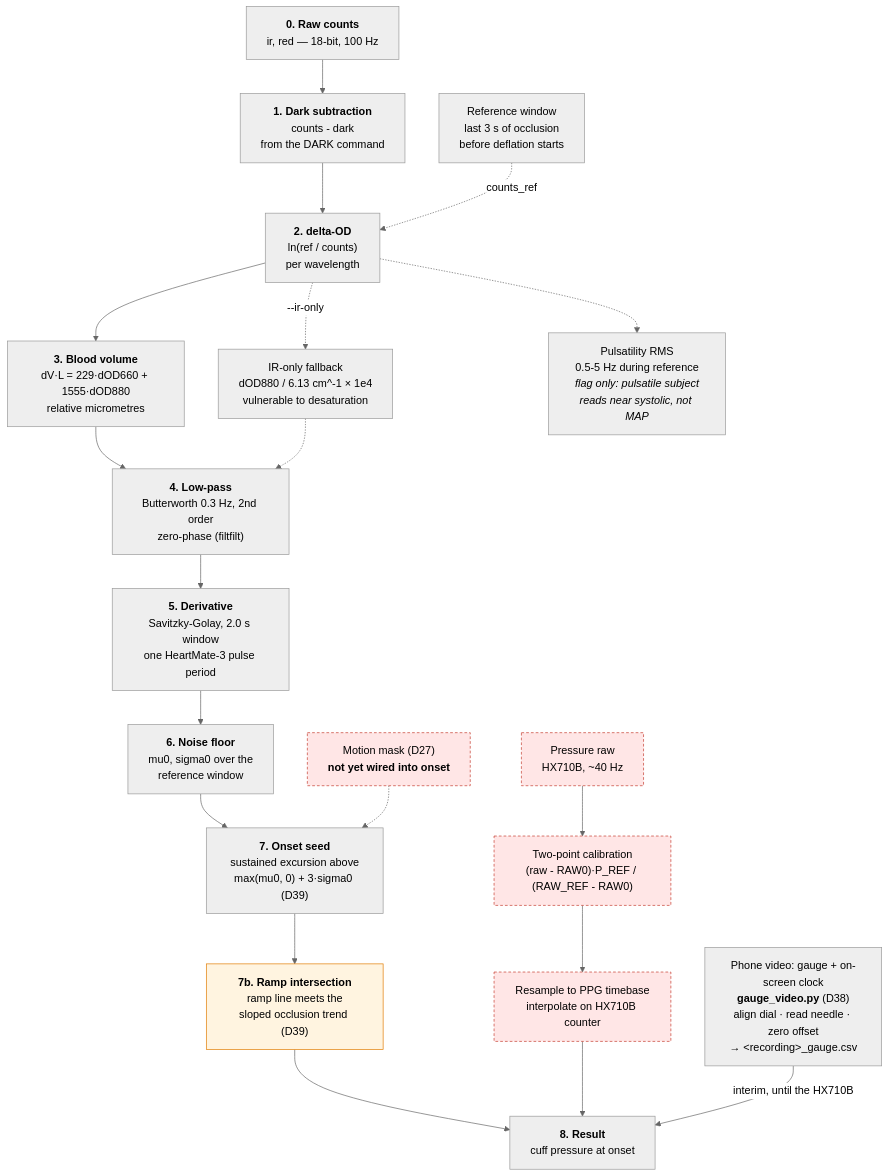
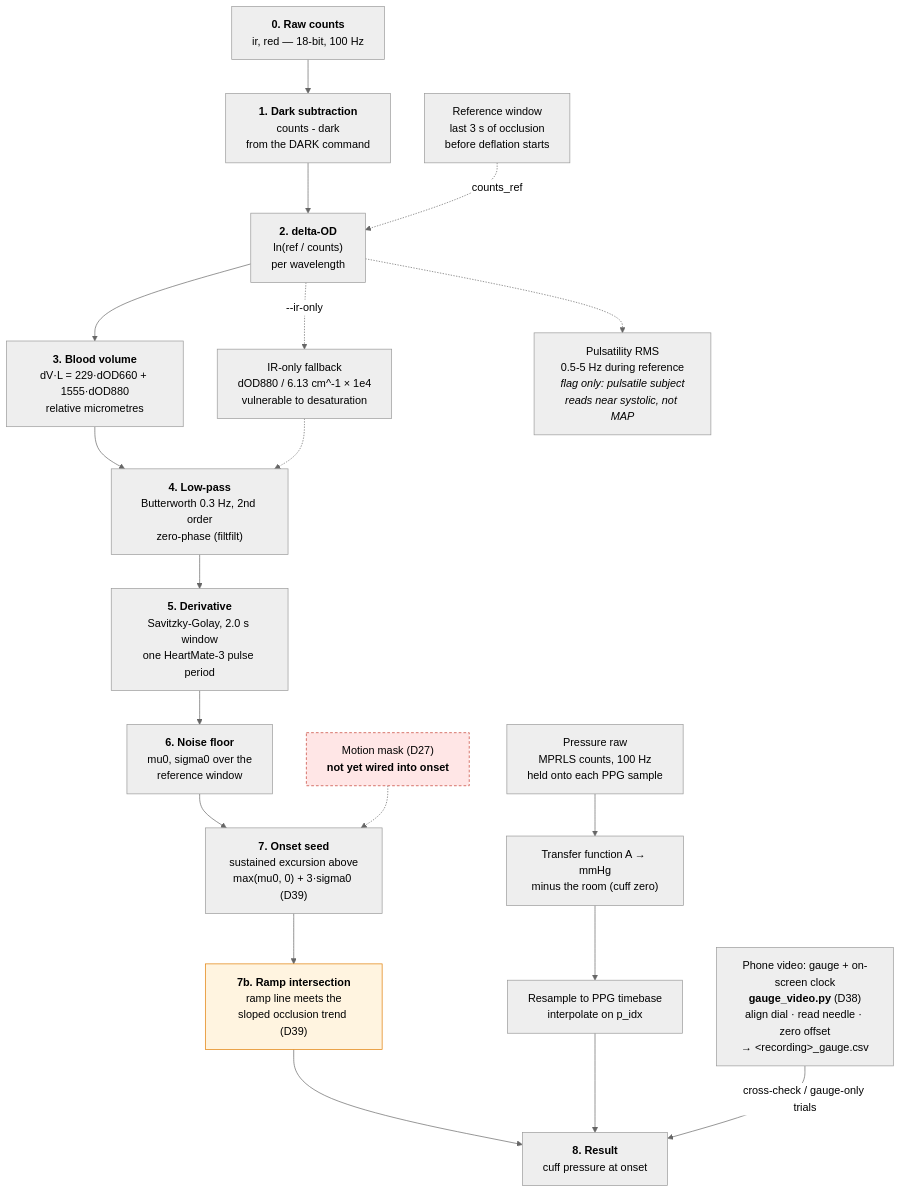
One commit to akkhilmorkonda/MAPQuest_PPG changed the third of 9 diagrams in docs/architecture.md. Above: the diagram before and after it, drawn with Mermaid (neutral theme). The commit also changed other lines of this file and 10 other files, not shown here.

First line of the commit message:
Stream MPRLS cuff pressure with the PPG; show it in the monitor (D41)

````diff
--- a/docs/architecture.md
+++ b/docs/architecture.md
@@ -133,41 +133,41 @@
 ```mermaid
 flowchart TD
     RAW["<b>0. Raw counts</b><br/>ir, red — 18-bit, 100 Hz"]
     DARK["<b>1. Dark subtraction</b><br/>counts - dark<br/>from the DARK command"]
     REF["Reference window<br/>last 3 s of occlusion<br/>before deflation starts"]
     OD["<b>2. delta-OD</b><br/>ln(ref / counts)<br/>per wavelength"]
     DV["<b>3. Blood volume</b><br/>dV·L = 229·dOD660 + 1555·dOD880<br/>relative micrometres"]
     LP["<b>4. Low-pass</b><br/>Butterworth 0.3 Hz, 2nd order<br/>zero-phase (filtfilt)"]
     D1["<b>5. Derivative</b><br/>Savitzky-Golay, 2.0 s window<br/>one HeartMate-3 pulse period"]
     NOISE["<b>6. Noise floor</b><br/>mu0, sigma0 over the<br/>reference window"]
     ONSET["<b>7. Onset seed</b><br/>sustained excursion above<br/>max(mu0, 0) + 3·sigma0 (D39)"]
     REFINE["<b>7b. Ramp intersection</b><br/>ramp line meets the<br/>sloped occlusion trend (D39)"]
     MAP["<b>8. Result</b><br/>cuff pressure at onset"]
 
     RAW --> DARK --> OD --> DV --> LP --> D1
     REF -.->|"counts_ref"| OD
     D1 --> NOISE --> ONSET --> REFINE --> MAP
 
     MOTION["Motion mask (D27)<br/><b>not yet wired into onset</b>"]
     MOTION -.-> ONSET
 
-    PRAW["Pressure raw<br/>HX710B, ~40 Hz"]
-    PCAL["Two-point calibration<br/>(raw - RAW0)·P_REF / (RAW_REF - RAW0)"]
-    PRES["Resample to PPG timebase<br/>interpolate on HX710B counter"]
+    PRAW["Pressure raw<br/>MPRLS counts, 100 Hz<br/>held onto each PPG sample"]
+    PCAL["Transfer function A → mmHg<br/>minus the room (cuff zero)"]
+    PRES["Resample to PPG timebase<br/>interpolate on p_idx"]
     PRAW --> PCAL --> PRES --> MAP
 
     VID["Phone video: gauge + on-screen clock<br/><b>gauge_video.py</b> (D38)<br/>align dial · read needle · zero offset<br/>→ &lt;recording&gt;_gauge.csv"]
-    VID -->|"interim, until the HX710B"| MAP
+    VID -->|"cross-check / gauge-only trials"| MAP
 
     IRONLY["IR-only fallback<br/>dOD880 / 6.13 cm^-1 × 1e4<br/>vulnerable to desaturation"]
     OD -.->|"--ir-only"| IRONLY
     IRONLY -.-> LP
 
     PULS["Pulsatility RMS<br/>0.5-5 Hz during reference<br/><i>flag only: pulsatile subject<br/>reads near systolic, not MAP</i>"]
     OD -.-> PULS
 
     classDef deviation fill:#fff4e0,stroke:#e07b00
     classDef missing fill:#ffe6e6,stroke:#c43b2f,stroke-dasharray:4 3
     class REFINE deviation
-    class PRAW,PCAL,PRES,MOTION missing
+    class MOTION missing
 ```
````
